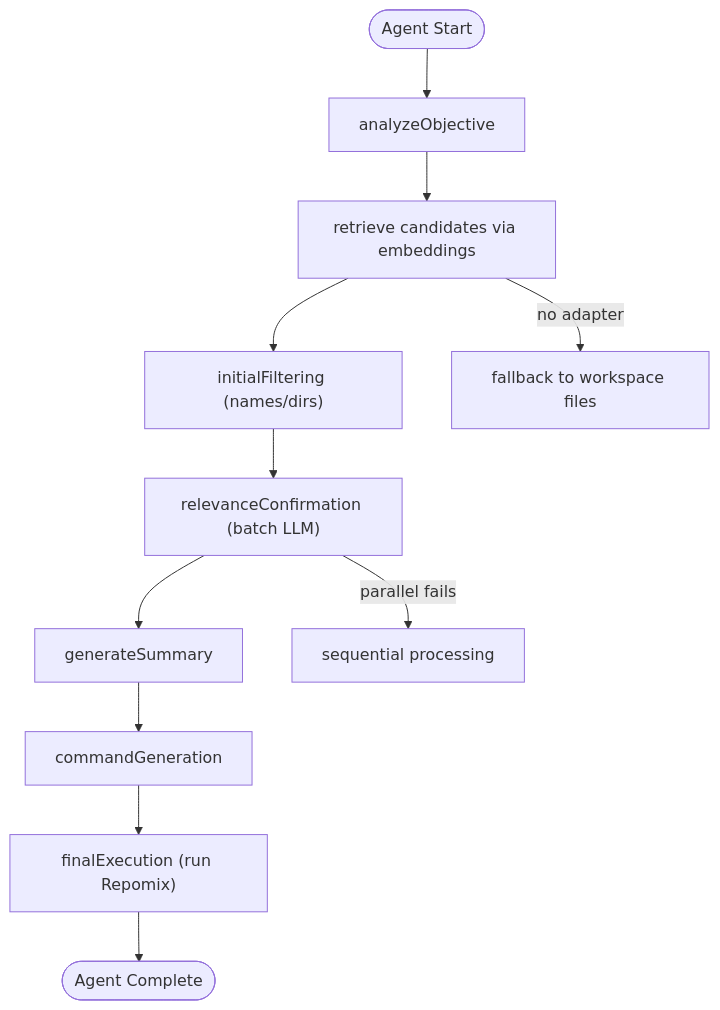
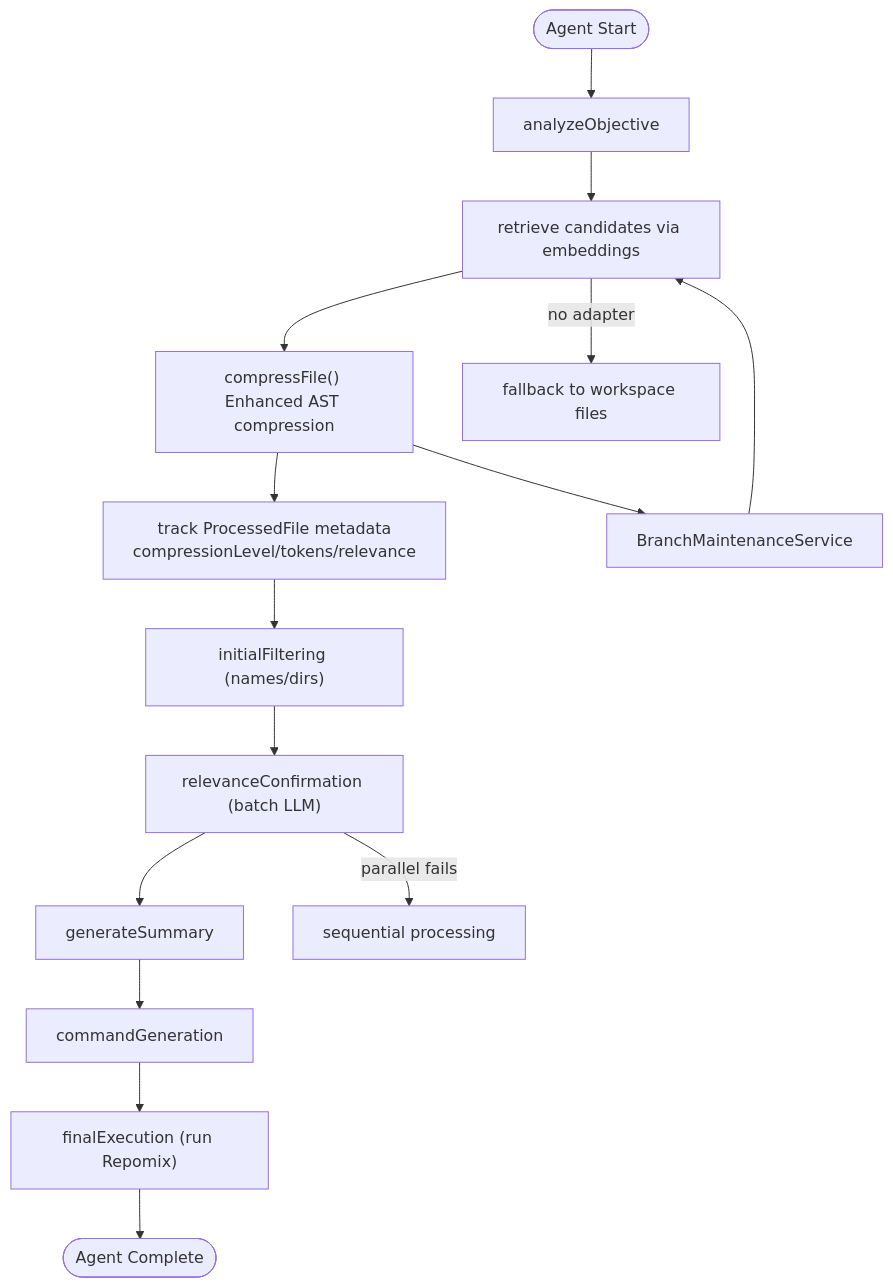
The fourth of 9 diagrams in .qoder/repowiki/en/content/Core Features/Core Features.md (bramburn/repomix-runner), drawn with Mermaid before and after one commit. The commit also changed other lines of this file and 19 other files, not shown here.

````diff
--- a/.qoder/repowiki/en/content/Core Features/Core Features.md
+++ b/.qoder/repowiki/en/content/Core Features/Core Features.md
@@ -259,13 +409,17 @@
 ```mermaid
 flowchart TD
 Start(["Agent Start"]) --> Obj["analyzeObjective"]
 Obj --> Ret["retrieve candidates via embeddings"]
-Ret --> IR["initialFiltering (names/dirs)"]
+Ret --> Comp["compressFile() Enhanced AST compression"]
+Comp --> Meta["track ProcessedFile metadata<br/>compressionLevel/tokens/relevance"]
+Meta --> IR["initialFiltering (names/dirs)"]
 IR --> RC["relevanceConfirmation (batch LLM)"]
 RC --> Sum["generateSummary"]
 Sum --> CG["commandGeneration"]
 CG --> Exec["finalExecution (run Repomix)"]
 Exec --> End(["Agent Complete"])
 Ret --> |no adapter| FS["fallback to workspace files"]
 RC --> |parallel fails| Seq["sequential processing"]
+Comp --> BM["BranchMaintenanceService"]
+BM --> Ret
 ```
````
